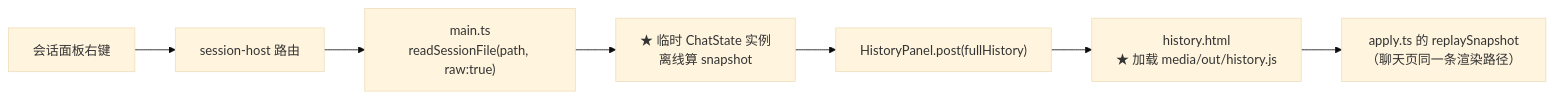
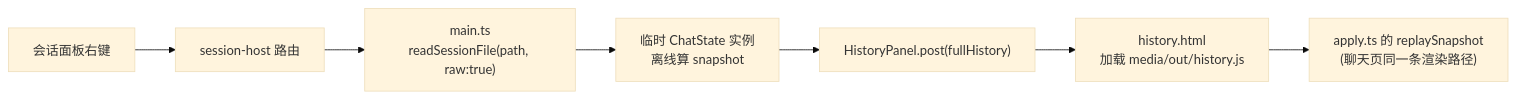
The diagram in docs/batches/B45.md (liu-qingxue-vscode-extensions/pi-bridge-vs), drawn with Mermaid (base theme) before and after one commit. The commit also changed other lines of this file and 233 other files, not shown here.

````diff
--- a/docs/batches/B45.md
+++ b/docs/batches/B45.md
@@ -132,9 +132,9 @@
 ```mermaid
 flowchart LR
     R["会话面板右键"] --> H["session-host 路由"]
     H --> M["main.ts<br/>readSessionFile(path, raw:true)"]
-    M --> T["★ 临时 ChatState 实例<br/>离线算 snapshot"]
+    M --> T["临时 ChatState 实例<br/>离线算 snapshot"]
     T --> P["HistoryPanel.post(fullHistory)"]
-    P --> W["history.html<br/>★ 加载 media/out/history.js"]
-    W --> A["apply.ts 的 replaySnapshot<br/>（聊天页同一条渲染路径）"]
+    P --> W["history.html<br/>加载 media/out/history.js"]
+    W --> A["apply.ts 的 replaySnapshot<br/>(聊天页同一条渲染路径)"]
 ```
````
